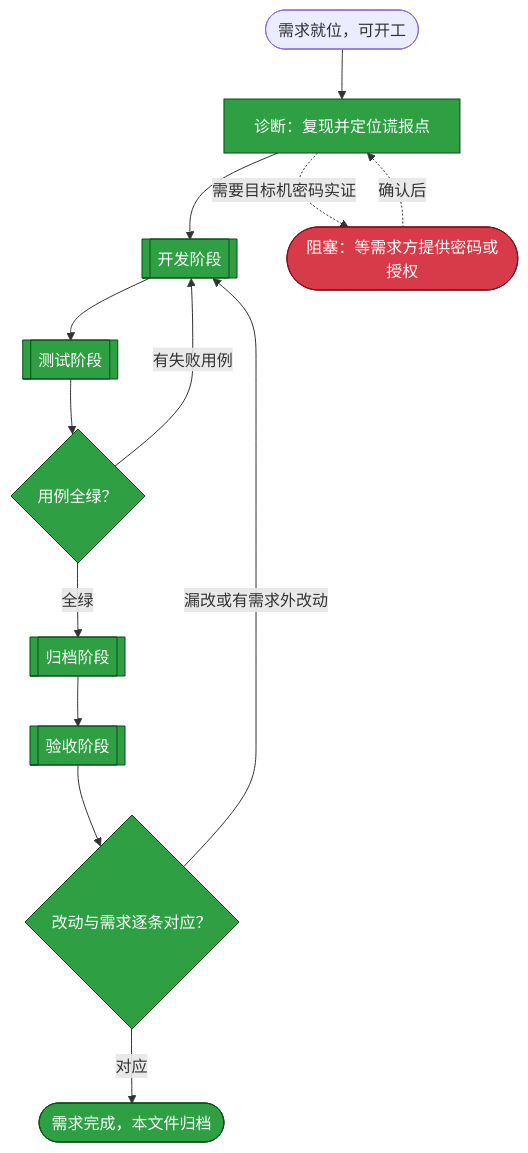
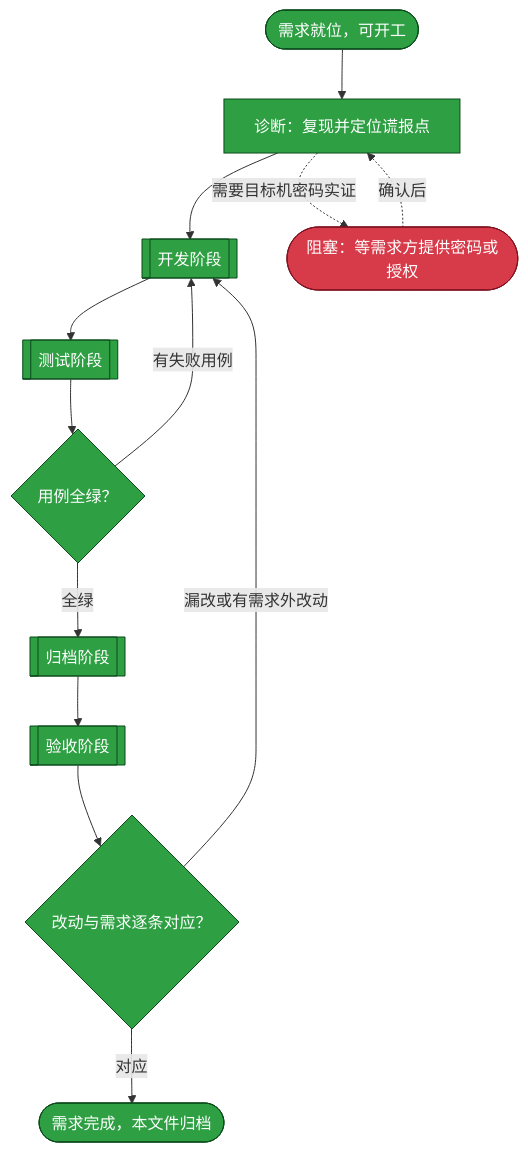
Before and after one commit to yunjies/knowledge-base: the first of 5 diagrams in assets/archive/req.credential.20260926-215537.md, drawn with Mermaid. The commit also changed 24 other files, not shown here.

````diff
--- a/assets/archive/req.credential.20260926-215537.md
+++ b/assets/archive/req.credential.20260926-215537.md
@@ -15,21 +15,21 @@
 ```mermaid
 flowchart TB
   START(["需求就位，可开工"]) --> DIAG["诊断：复现并定位谎报点"]
   DIAG --> DEVELOP[["开发阶段"]]
   DEVELOP --> TEST[["测试阶段"]]
   TEST --> TEST_GATE{"用例全绿？"}
   TEST_GATE -->|"全绿"| ARCHIVE[["归档阶段"]]
   TEST_GATE -->|"有失败用例"| DEVELOP
   ARCHIVE --> ACCEPT[["验收阶段"]]
   ACCEPT --> ACCEPT_GATE{"改动与需求逐条对应？"}
   ACCEPT_GATE -->|"对应"| DONE(["需求完成，本文件归档"])
   ACCEPT_GATE -->|"漏改或有需求外改动"| DEVELOP
   DIAG -.->|"需要目标机密码实证"| BLOCKED(["阻塞：等需求方提供密码或授权"])
   BLOCKED -.->|"确认后"| DIAG
 
   classDef todo fill:#f9d71c,stroke:#8a6d00,color:#000
   classDef done fill:#2ea043,stroke:#0b4a1b,color:#fff
   classDef stuck fill:#d73a49,stroke:#7d1220,color:#fff
-  class DIAG,DEVELOP,TEST,ARCHIVE,TEST_GATE,ACCEPT,ACCEPT_GATE,DONE done
+  class START,DIAG,DEVELOP,TEST,ARCHIVE,TEST_GATE,ACCEPT,ACCEPT_GATE,DONE done
   class BLOCKED stuck
 ```
````
